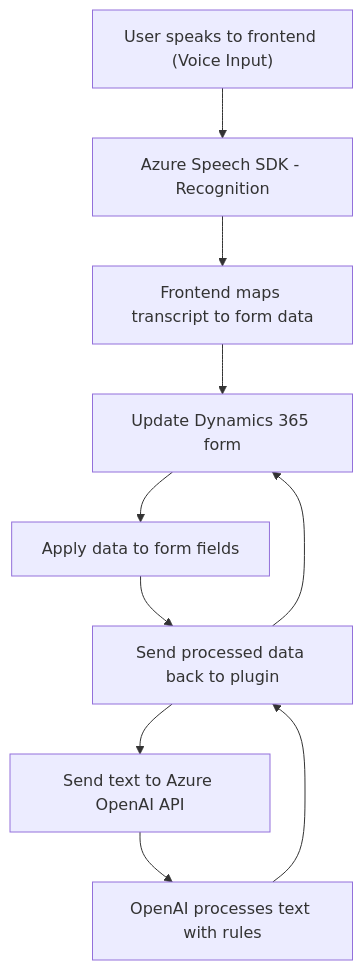
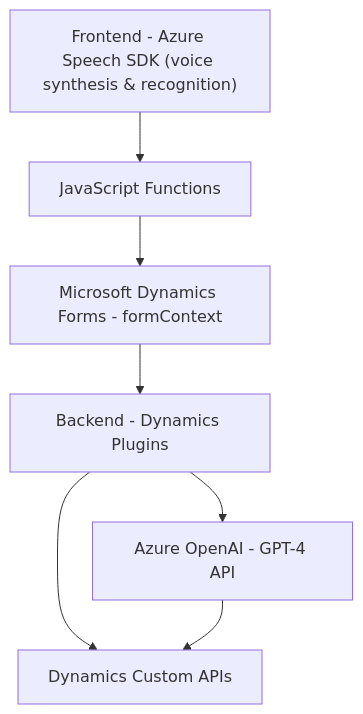
The diagram in README.md (blopezdm/NETCORE_BILBAO2025), drawn with Mermaid before and after one commit. The commit also changed other lines of this file, not shown here.

````diff
--- a/README.md
+++ b/README.md
@@ -44,12 +67,14 @@
 ```mermaid
 graph TD
-    A["User speaks to frontend (Voice Input)"] --> B["Azure Speech SDK - Recognition"]
-    B --> C["Frontend maps transcript to form data"]
-    C --> D["Microsoft Dynamics 365 form context"]
-    D --> E["Apply data to form fields"]
-    E --> F["Plugin listens to event"]
-    F --> G["Send text to Azure OpenAI API"]
-    G --> H["OpenAI processes text with rules"]
-    H --> F["Send processed data back to plugin"]
-    F --> D["Update Dynamics 365 form"]
+    A["Frontend - Azure Speech SDK (voice synthesis & recognition)"]
+    B["JavaScript Functions"]
+    C["Microsoft Dynamics Forms - formContext"]
+    D["Backend - Dynamics Plugins"]
+    E["Azure OpenAI - GPT-4 API"]
+    F["Dynamics Custom APIs"]
+
+    A --> B --> C
+    C --> D --> F
+    D --> E
+    E --> F
 ```
````
